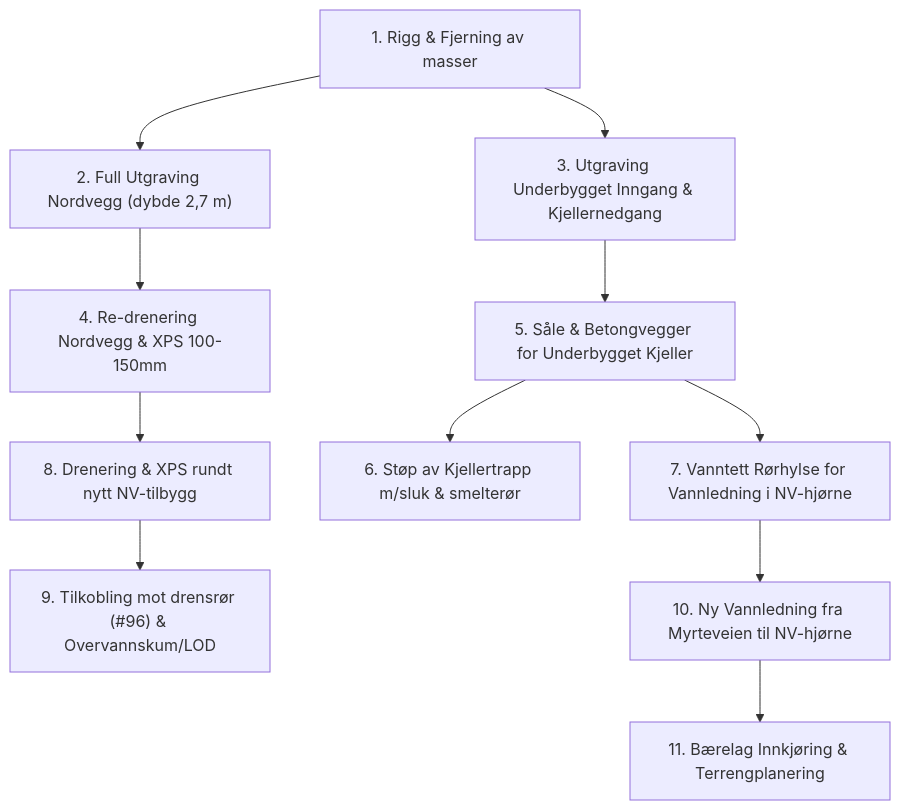
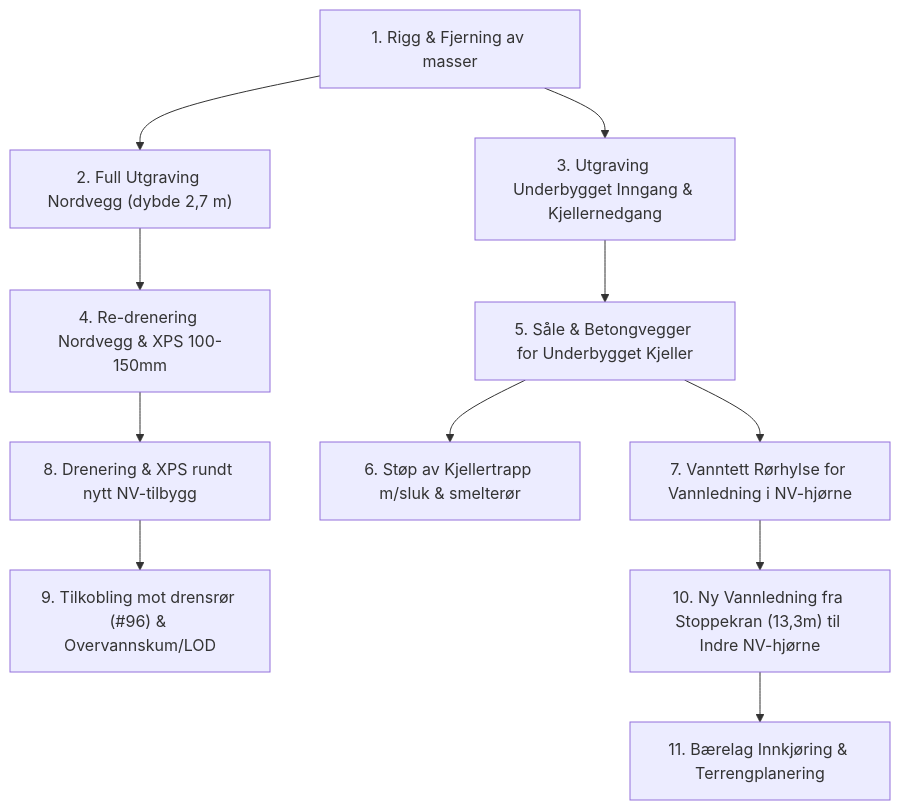
One commit to magnuskiro/m6 changed the diagram in docs/ANBUDSFORESPORSEL_GRUNNARBEIDER_NORD.md. Above: the diagram before and after it, drawn with Mermaid. The commit also changed other lines of this file and 2 other files, not shown here.

Commit message:
docs(grunnarbeid-nord): oppdater vannlednings trase fra stoppekran ved 13,3m til indre NV-hjorne

````diff
--- a/docs/ANBUDSFORESPORSEL_GRUNNARBEIDER_NORD.md
+++ b/docs/ANBUDSFORESPORSEL_GRUNNARBEIDER_NORD.md
@@ -50,13 +50,13 @@
 ```mermaid
 flowchart TD
     A["1. Rigg & Fjerning av masser"] --> B["2. Full Utgraving Nordvegg (dybde 2,7 m)"]
     A --> C["3. Utgraving Underbygget Inngang & Kjellernedgang"]
     B --> D["4. Re-drenering Nordvegg & XPS 100-150mm"]
     C --> E["5. Såle & Betongvegger for Underbygget Kjeller"]
     E --> F["6. Støp av Kjellertrapp m/sluk & smelterør"]
     E --> G["7. Vanntett Rørhylse for Vannledning i NV-hjørne"]
     D --> H["8. Drenering & XPS rundt nytt NV-tilbygg"]
     H --> I["9. Tilkobling mot drensrør (#96) & Overvannskum/LOD"]
-    G --> J["10. Ny Vannledning fra Myrteveien til NV-hjørne"]
+    G --> J["10. Ny Vannledning fra Stoppekran (13,3m) til Indre NV-hjørne"]
     J --> K["11. Bærelag Innkjøring & Terrengplanering"]
 ```
````
